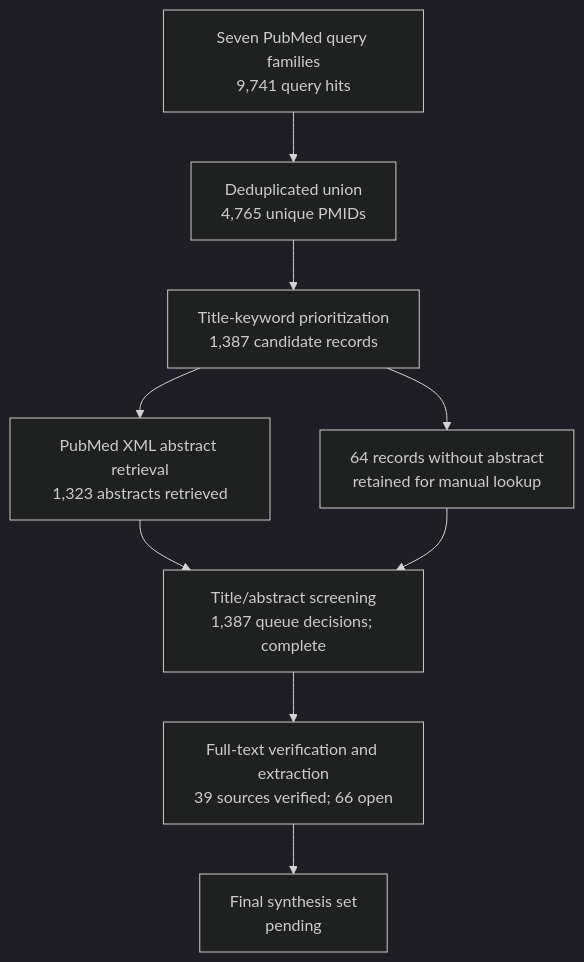
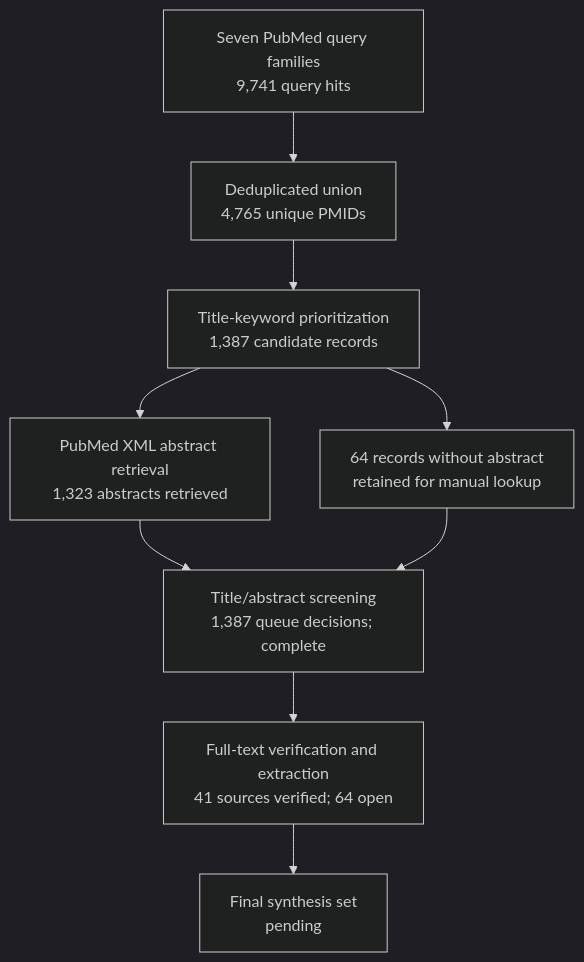
The diagram in manuscript/review-flow.md (dcmcshan/artemisia), drawn with Mermaid (dark theme) before and after one commit. The commit also changed other lines of this file and 13 other files, not shown here.

Commit message:
Extend wormwood full-text evidence

````diff
--- a/manuscript/review-flow.md
+++ b/manuscript/review-flow.md
@@ -5,11 +5,11 @@
 ```mermaid
 flowchart TB
   Q[Seven PubMed query families<br/>9,741 query hits] --> U[Deduplicated union<br/>4,765 unique PMIDs]
   U --> T[Title-keyword prioritization<br/>1,387 candidate records]
   T --> A[PubMed XML abstract retrieval<br/>1,323 abstracts retrieved]
   T --> N[64 records without abstract<br/>retained for manual lookup]
   A --> M[Title/abstract screening<br/>1,387 queue decisions; complete]
   N --> M
-  M --> F[Full-text verification and extraction<br/>39 sources verified; 66 open]
+  M --> F[Full-text verification and extraction<br/>41 sources verified; 64 open]
   F --> S[Final synthesis set<br/>pending]
 ```
````
